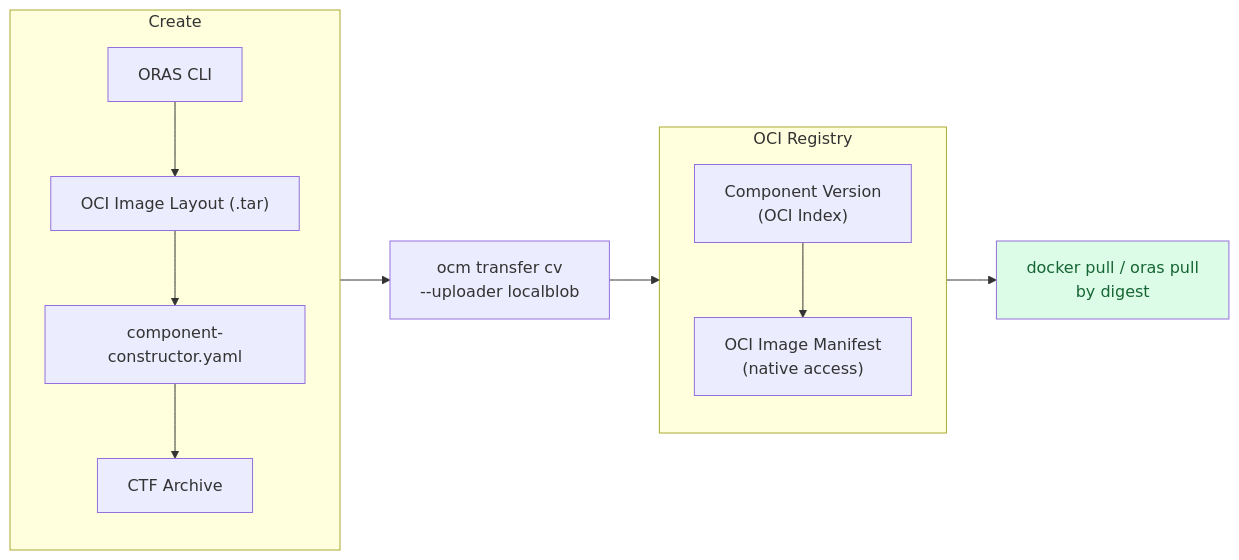
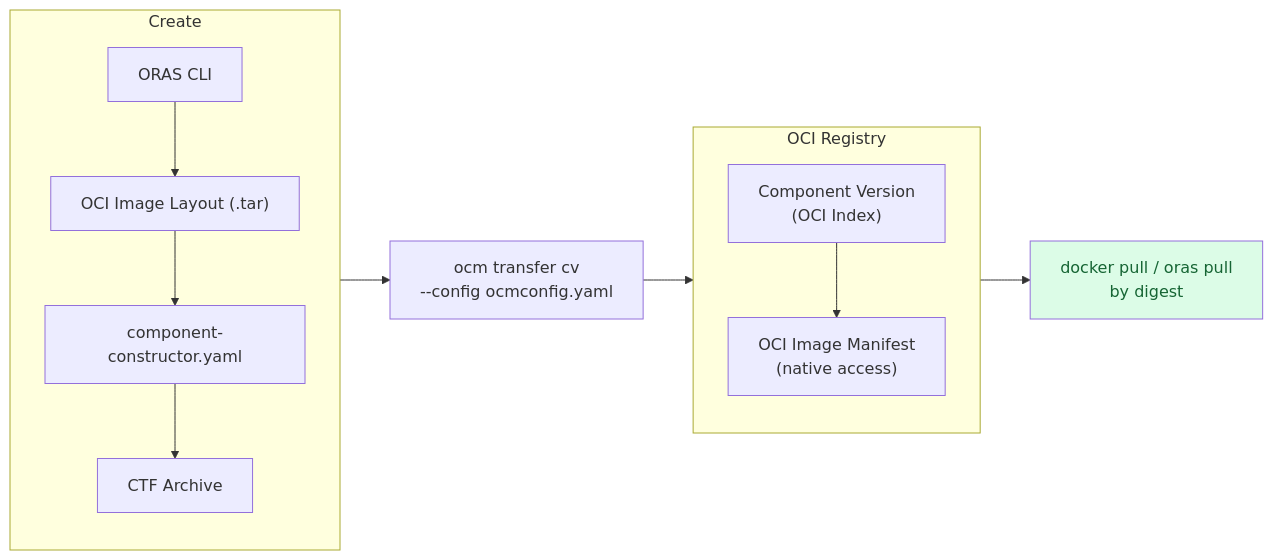
Before and after one commit to matthiasbruns/open-component-model: the first of 2 diagrams in website/content/docs/tutorials/working-with-oci/_index.md, drawn with Mermaid. The commit also changed other lines of this file and 39 other files, not shown here.

First line of the commit message:
feat(cli)!: drop --uploader; log generated config for deprecated flags

````diff
--- a/website/content/docs/tutorials/working-with-oci/_index.md
+++ b/website/content/docs/tutorials/working-with-oci/_index.md
@@ -28,24 +28,24 @@
 ```mermaid
 flowchart LR
     subgraph create ["Create"]
         direction TB
         ORAS["ORAS CLI"] --> Layout["OCI Image Layout (.tar)"]
         Layout --> Constructor["component-constructor.yaml"]
         Constructor --> CTF["CTF Archive"]
     end
 
-    CTF --> Transfer["ocm transfer cv<br/>--uploader localblob"]
+    CTF --> Transfer["ocm transfer cv<br/>--config ocmconfig.yaml"]
 
     subgraph registry ["OCI Registry"]
         direction TB
         Index["Component Version<br/>(OCI Index)"]
         Manifest["OCI Image Manifest<br/>(native access)"]
         Index --> Manifest
     end
 
     Transfer --> Index
 
     Manifest --> Pull["docker pull / oras pull<br/>by digest"]
 
     style Pull fill:#dcfce7,color:#166534
 ```
````
